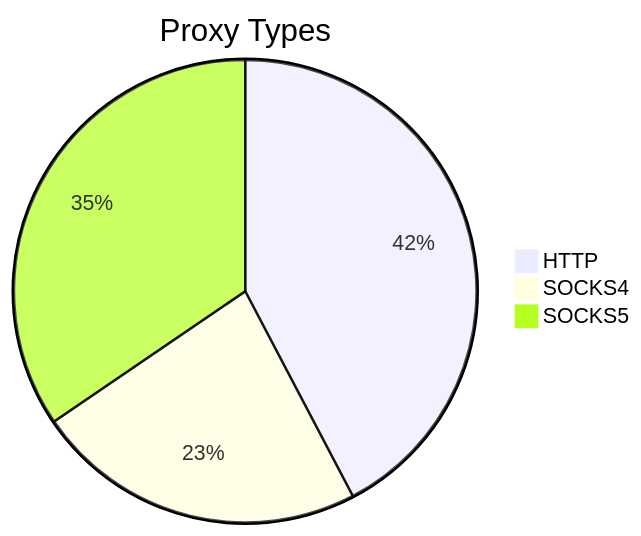
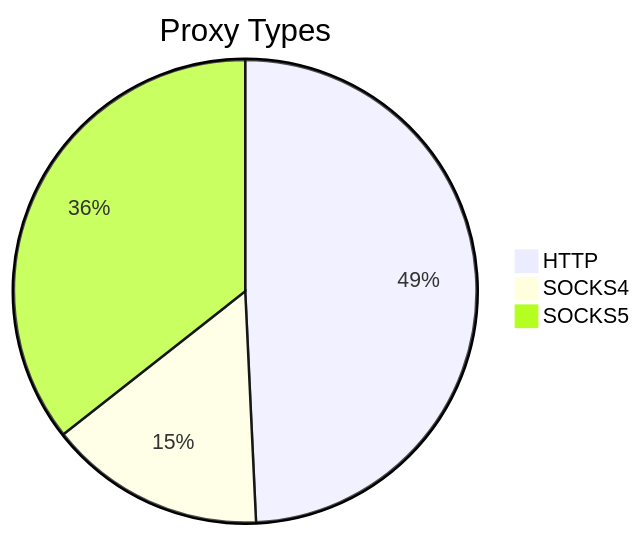
Before and after one commit to stormsia/proxy-list: the first of 2 diagrams in README.md, drawn with Mermaid. The commit also changed other lines of this file, not shown here.

````diff
--- a/README.md
+++ b/README.md
@@ -21,6 +21,6 @@
 ```mermaid
 pie title Proxy Types
-    "HTTP" : 250
-    "SOCKS4" : 137
-    "SOCKS5" : 204
+    "HTTP" : 231
+    "SOCKS4" : 71
+    "SOCKS5" : 167
 ```
````
